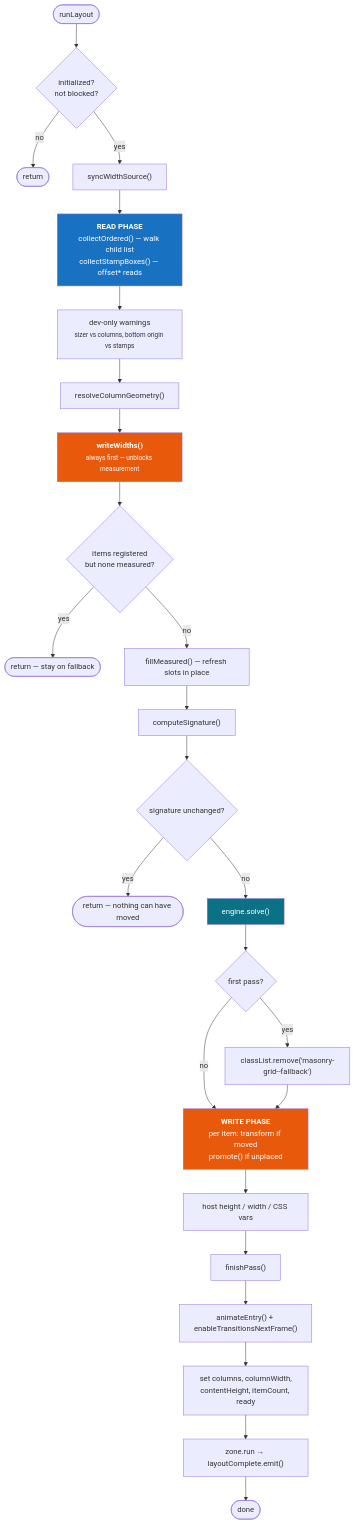
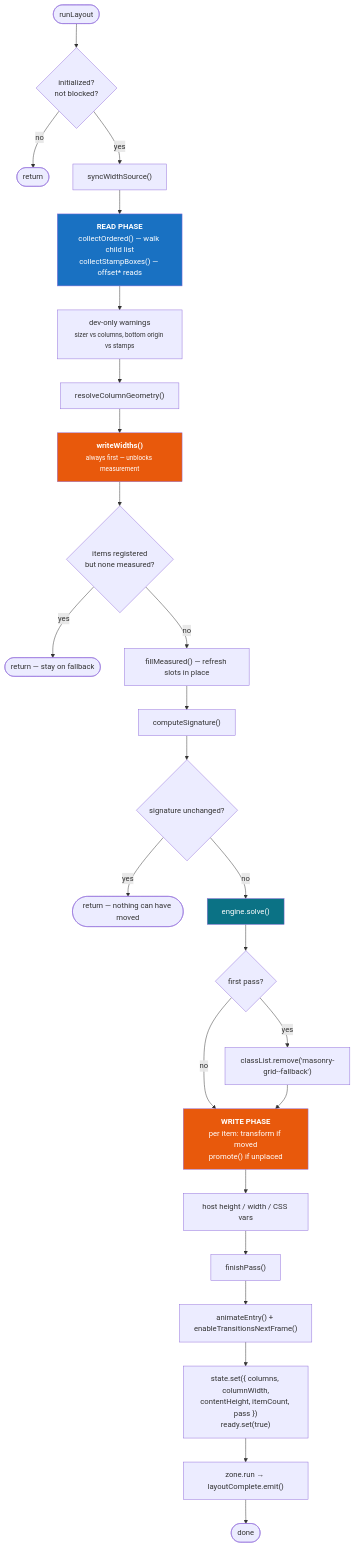
Before and after one commit to MeAkib/masonry-angular: the fourth of 13 diagrams in ARCHITECTURE.md, drawn with Mermaid. The commit also changed other lines of this file and 21 other files, not shown here.

````diff
--- a/ARCHITECTURE.md
+++ b/ARCHITECTURE.md
@@ -209,37 +219,37 @@
 ```mermaid
 flowchart TD
     START([runLayout]) --> GATE{"initialized?<br/>not blocked?"}
     GATE -->|no| STOP1([return])
     GATE -->|yes| SYNC["syncWidthSource()"]
 
     SYNC --> READ["<b>READ PHASE</b><br/>collectOrdered() — walk child list<br/>collectStampBoxes() — offset* reads"]
     READ --> DEV["dev-only warnings<br/><small>sizer vs columns, bottom origin vs stamps</small>"]
     DEV --> GEO["resolveColumnGeometry()"]
 
     GEO --> WW["<b>writeWidths()</b><br/><small>always first — unblocks measurement</small>"]
     WW --> EMPTY{"items registered<br/>but none measured?"}
     EMPTY -->|yes| STOP2(["return — stay on fallback"])
     EMPTY -->|no| FILL["fillMeasured() — refresh slots in place"]
 
     FILL --> SIG["computeSignature()"]
     SIG --> SAME{"signature unchanged?"}
     SAME -->|yes| STOP3(["return — nothing can have moved"])
     SAME -->|no| SOLVE["engine.solve()"]
 
     SOLVE --> FB{"first pass?"}
     FB -->|yes| RMCLASS["classList.remove('masonry-grid--fallback')"]
     FB -->|no| WRITE
     RMCLASS --> WRITE["<b>WRITE PHASE</b><br/>per item: transform if moved<br/>promote() if unplaced"]
     WRITE --> HOSTW["host height / width / CSS vars"]
     HOSTW --> FINISH["finishPass()"]
 
     FINISH --> ANIM["animateEntry() + enableTransitionsNextFrame()"]
-    ANIM --> SIGNALS["set columns, columnWidth,<br/>contentHeight, itemCount, ready"]
+    ANIM --> SIGNALS["state.set({ columns, columnWidth,<br/>contentHeight, itemCount, pass })<br/>ready.set(true)"]
     SIGNALS --> OUT["zone.run → layoutComplete.emit()"]
     OUT --> DONE([done])
 
     style READ fill:#1971c2,color:#fff
     style WRITE fill:#e8590c,color:#fff
     style WW fill:#e8590c,color:#fff
     style SOLVE fill:#0b7285,color:#fff
 ```
````
